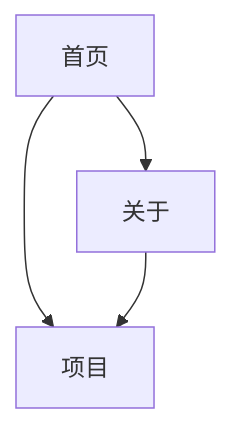
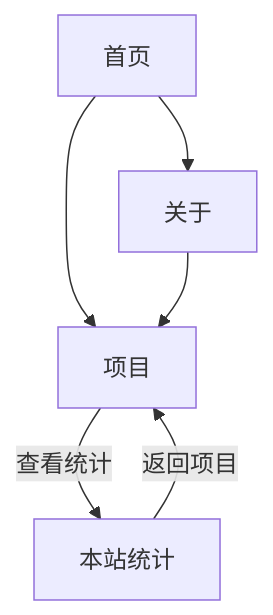
One commit to cangwu-protect-union/cangwu-protect-union.github.io changed the diagram in 访客流程图.md. Above: the diagram before and after it, drawn with Mermaid. The commit also changed other lines of this file and 115 other files, not shown here.

````diff
--- a/访客流程图.md
+++ b/访客流程图.md
@@ -7,13 +7,18 @@
 ```mermaid
 flowchart TD
 
   H["首页"]
   A["关于"]
   P["项目"]
+  S["本站统计"]
 
   %% 主站
   H --> A
   H --> P
   A --> P
 
+  %% 项目页第一张卡片
+  P -->|查看统计| S
+  S -->|返回项目| P
+
 ```
````
